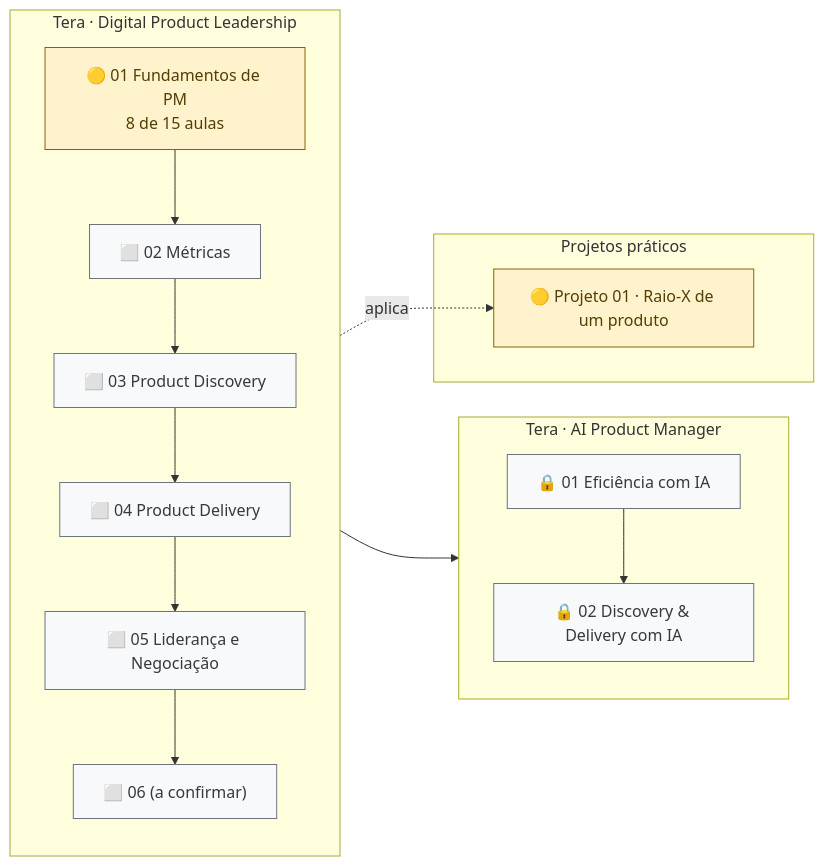
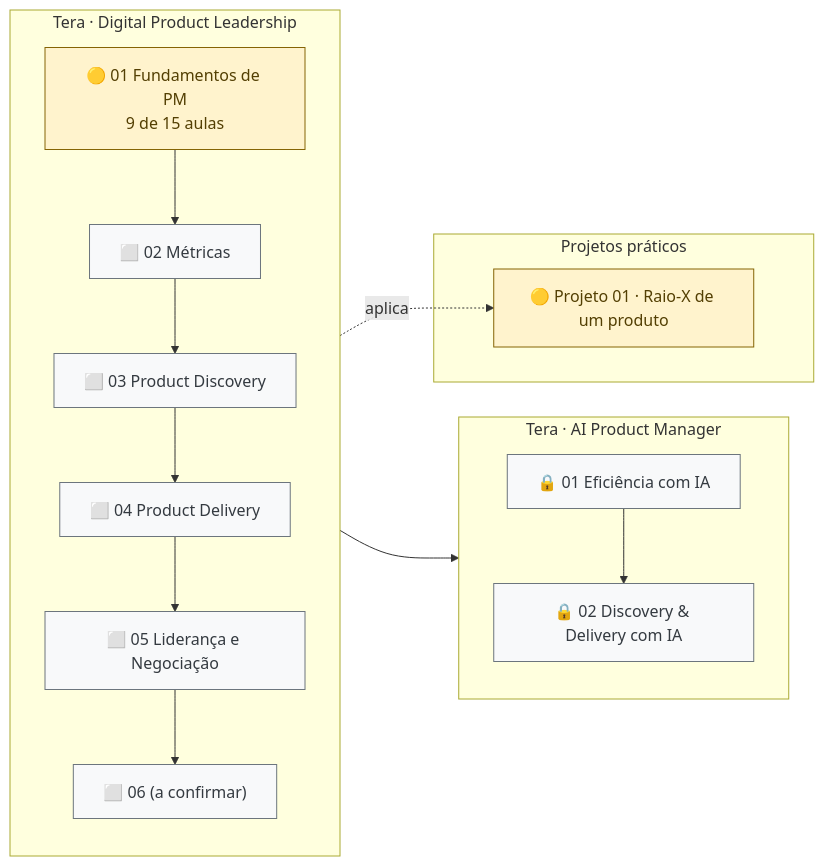
Before and after one commit to letsprown-code/po-learning-journal: the first of 2 diagrams in mapa-de-estudos.md, drawn with Mermaid. The commit also changed other lines of this file and 8 other files, not shown here.

```diff
--- a/mapa-de-estudos.md
+++ b/mapa-de-estudos.md
@@ -10,29 +10,29 @@
 ~~~mermaid
 flowchart LR
     subgraph DPL[Tera · Digital Product Leadership]
       direction TB
-      M1["🟡 01 Fundamentos de PM<br/>8 de 15 aulas"]
+      M1["🟡 01 Fundamentos de PM<br/>9 de 15 aulas"]
       M2["⬜ 02 Métricas"]
       M3["⬜ 03 Product Discovery"]
       M4["⬜ 04 Product Delivery"]
       M5["⬜ 05 Liderança e Negociação"]
       M6["⬜ 06 (a confirmar)"]
       M1 --> M2 --> M3 --> M4 --> M5 --> M6
     end
     subgraph AIPM[Tera · AI Product Manager]
       direction TB
       A1["🔒 01 Eficiência com IA"]
       A2["🔒 02 Discovery & Delivery com IA"]
       A1 --> A2
     end
     M6 --> A1
     subgraph PROJ[Projetos práticos]
       P1["🟡 Projeto 01 · Raio-X de um produto"]
     end
     M1 -.aplica.-> P1
     classDef done fill:#d4edda,stroke:#155724,color:#155724
     classDef doing fill:#fff3cd,stroke:#856404,color:#533f03
     classDef todo fill:#f8f9fa,stroke:#6c757d,color:#343a40
     class M1,P1 doing
     class M2,M3,M4,M5,M6,A1,A2 todo
 ~~~
```
